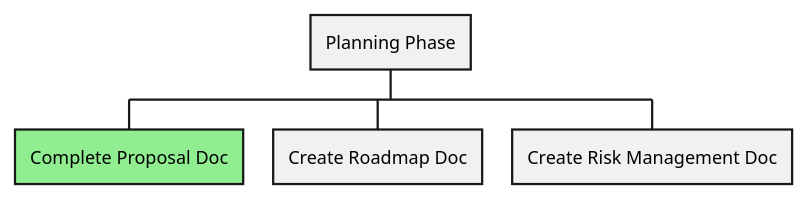
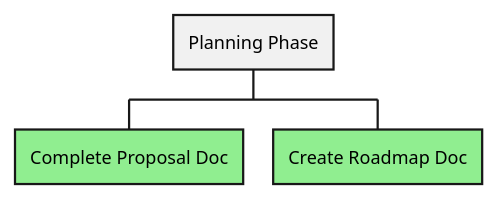
One commit to J-M-Bell/ArcherFinancial changed the diagram in Docs/1. Planning/PlanningWBS/PlanningWBS.puml. Above: the diagram before and after it, drawn with PlantUML.

Commit message:
updated planning phase puml

```diff
--- a/Docs/1. Planning/PlanningWBS/PlanningWBS.puml
+++ b/Docs/1. Planning/PlanningWBS/PlanningWBS.puml
@@ -1,10 +1,8 @@
 @startwbs
 * Planning Phase
 
 
 **[#LightGreen] Complete Proposal Doc
 
-** Create Roadmap Doc
-
-** Create Risk Management Doc
+**[#LightGreen] Create Roadmap Doc
 @endwbs
```
